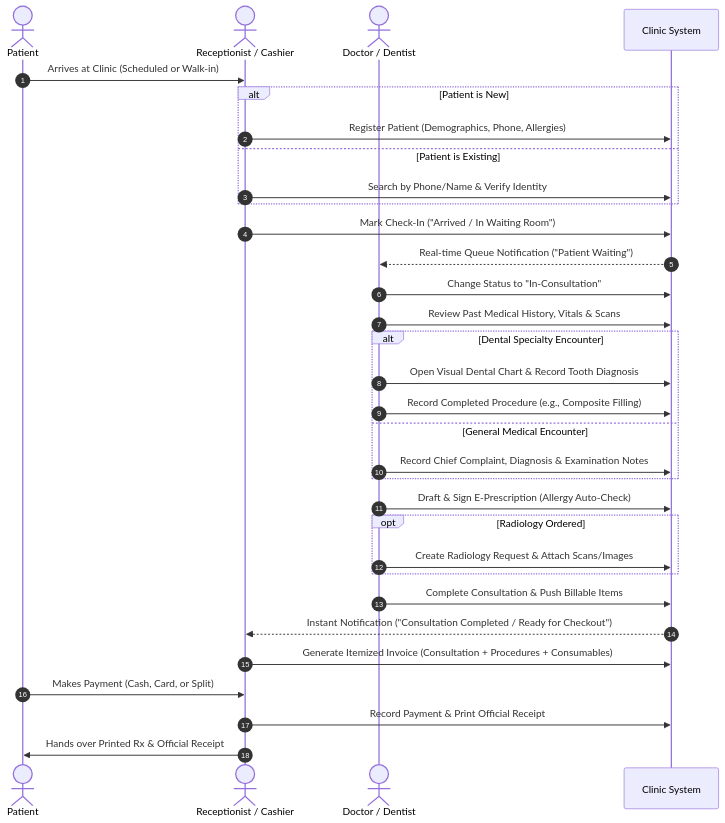
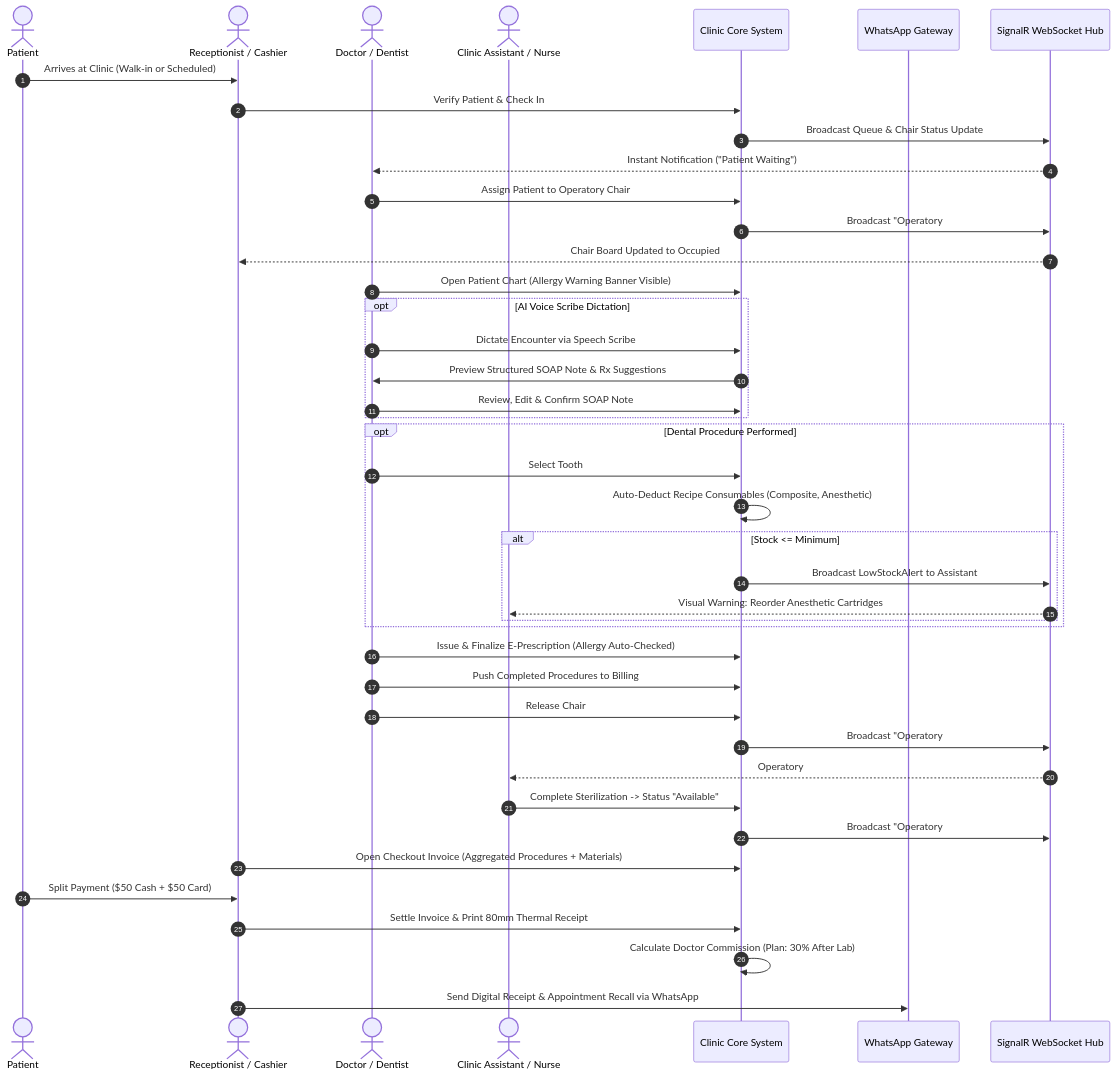
The diagram in CUSTOMER_REQUIREMENTS_DOCUMENT.md (Mahmoudsami11095/clinic-docs), drawn with Mermaid before and after one commit. The commit also changed other lines of this file and 4 other files, not shown here.

````diff
--- a/CUSTOMER_REQUIREMENTS_DOCUMENT.md
+++ b/CUSTOMER_REQUIREMENTS_DOCUMENT.md
@@ -140,35 +253,50 @@
 ```mermaid
 sequenceDiagram
     autonumber
     actor P as Patient
     actor R as Receptionist / Cashier
     actor D as Doctor / Dentist
-    participant S as Clinic System
+    actor A as Clinic Assistant / Nurse
+    participant S as Clinic Core System
+    participant W as WhatsApp Gateway
+    participant H as SignalR WebSocket Hub
 
-    P->>R: Arrives at Clinic (Scheduled or Walk-in)
-    alt Patient is New
-        R->>S: Register Patient (Demographics, Phone, Allergies)
-    else Patient is Existing
-        R->>S: Search by Phone/Name & Verify Identity
+    P->>R: Arrives at Clinic (Walk-in or Scheduled)
+    R->>S: Verify Patient & Check In
+    S->>H: Broadcast Queue & Chair Status Update
+    H-->>D: Instant Notification ("Patient Waiting")
+    D->>S: Assign Patient to Operatory Chair #1
+    S->>H: Broadcast "Operatory #1: In Chair"
+    H-->>R: Chair Board Updated to Occupied
+    
+    D->>S: Open Patient Chart (Allergy Warning Banner Visible)
+    opt AI Voice Scribe Dictation
+        D->>S: Dictate Encounter via Speech Scribe
+        S->>D: Preview Structured SOAP Note & Rx Suggestions
+        D->>S: Review, Edit & Confirm SOAP Note
     end
-    R->>S: Mark Check-In ("Arrived / In Waiting Room")
-    S-->>D: Real-time Queue Notification ("Patient Waiting")
-    D->>S: Change Status to "In-Consultation"
-    D->>S: Review Past Medical History, Vitals & Scans
-    alt Dental Specialty Encounter
-        D->>S: Open Visual Dental Chart & Record Tooth Diagnosis
-        D->>S: Record Completed Procedure (e.g., Composite Filling)
-    else General Medical Encounter
-        D->>S: Record Chief Complaint, Diagnosis & Examination Notes
+    
+    opt Dental Procedure Performed
+        D->>S: Select Tooth #16 -> Mark "Composite Restoration" Completed
+        S->>S: Auto-Deduct Recipe Consumables (Composite, Anesthetic)
+        alt Stock <= Minimum
+            S->>H: Broadcast LowStockAlert to Assistant
+            H-->>A: Visual Warning: Reorder Anesthetic Cartridges
+        end
     end
-    D->>S: Draft & Sign E-Prescription (Allergy Auto-Check)
-    opt Radiology Ordered
-        D->>S: Create Radiology Request & Attach Scans/Images
-    end
-    D->>S: Complete Consultation & Push Billable Items
-    S-->>R: Instant Notification ("Consultation Completed / Ready for Checkout")
-    R->>S: Generate Itemized Invoice (Consultation + Procedures + Consumables)
-    P->>R: Makes Payment (Cash, Card, or Split)
-    R->>S: Record Payment & Print Official Receipt
-    R->>P: Hands over Printed Rx & Official Receipt
+
+    D->>S: Issue & Finalize E-Prescription (Allergy Auto-Checked)
+    D->>S: Push Completed Procedures to Billing
+    D->>S: Release Chair #1 -> Status "Cleaning"
+    S->>H: Broadcast "Operatory #1: Cleaning"
+    H-->>A: Operatory #1 Disinfection Alert Triggered
+    
+    A->>S: Complete Sterilization -> Status "Available"
+    S->>H: Broadcast "Operatory #1: Ready"
+    
+    R->>S: Open Checkout Invoice (Aggregated Procedures + Materials)
+    P->>R: Split Payment ($50 Cash + $50 Card)
+    R->>S: Settle Invoice & Print 80mm Thermal Receipt
+    S->>S: Calculate Doctor Commission (Plan: 30% After Lab)
+    R->>W: Send Digital Receipt & Appointment Recall via WhatsApp
 ```
````
